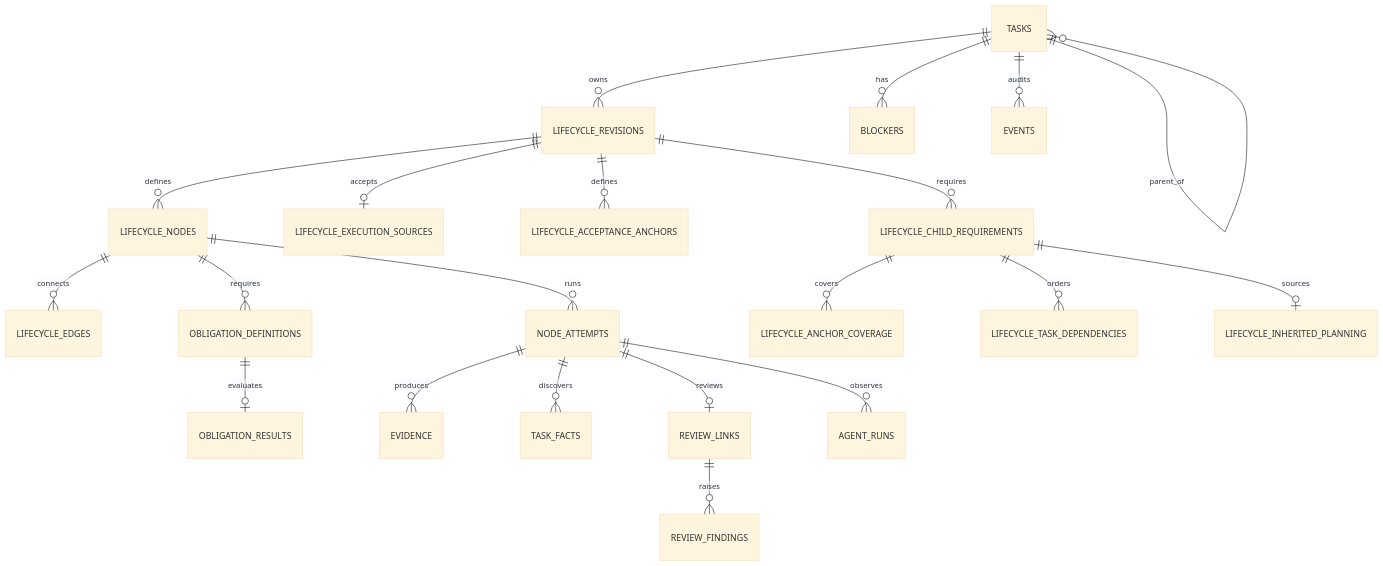
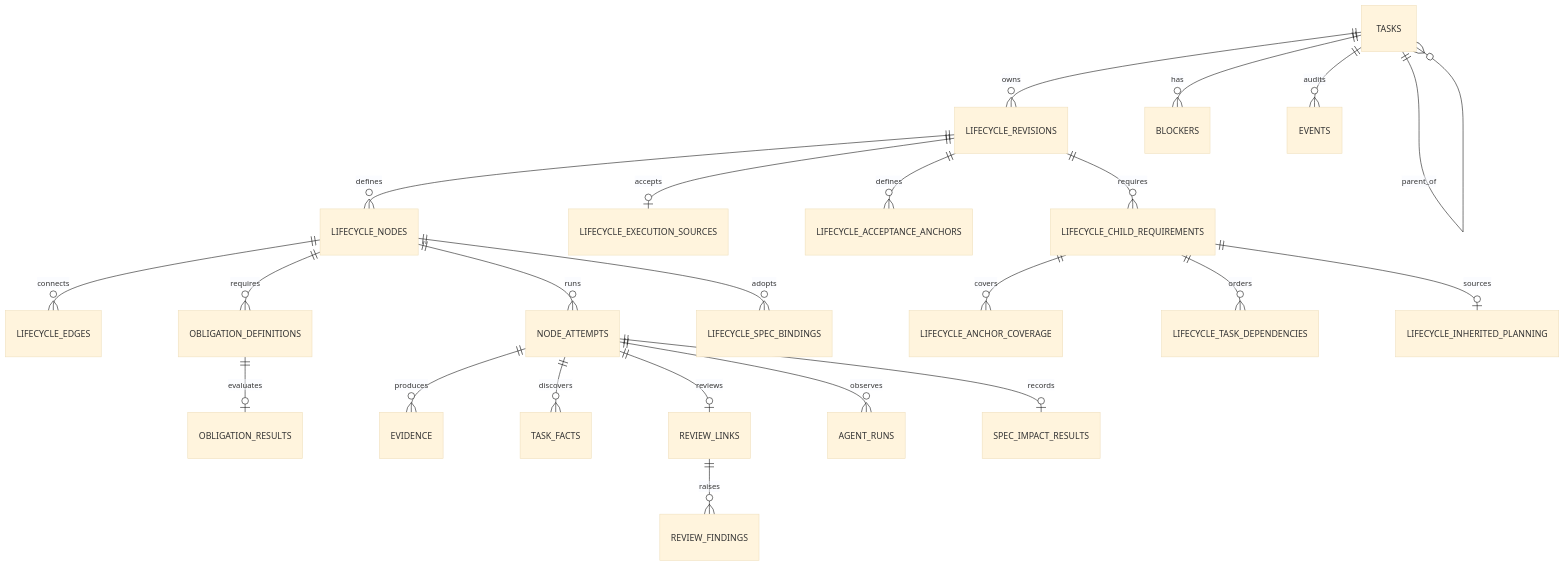
Before and after one commit to ttizzyf/taskcraft: the second of 2 diagrams in development/specs/architecture.md, drawn with Mermaid (base theme). The commit also changed other lines of this file and 86 other files, not shown here.

````diff
--- a/development/specs/architecture.md
+++ b/development/specs/architecture.md
@@ -105,23 +110,25 @@
 ```mermaid
 erDiagram
     TASKS ||--o{ LIFECYCLE_REVISIONS : owns
     LIFECYCLE_REVISIONS ||--o{ LIFECYCLE_NODES : defines
     LIFECYCLE_NODES ||--o{ LIFECYCLE_EDGES : connects
     LIFECYCLE_NODES ||--o{ OBLIGATION_DEFINITIONS : requires
     LIFECYCLE_NODES ||--o{ NODE_ATTEMPTS : runs
     NODE_ATTEMPTS ||--o{ EVIDENCE : produces
     NODE_ATTEMPTS ||--o{ TASK_FACTS : discovers
     NODE_ATTEMPTS ||--o| REVIEW_LINKS : reviews
     REVIEW_LINKS ||--o{ REVIEW_FINDINGS : raises
     OBLIGATION_DEFINITIONS ||--o| OBLIGATION_RESULTS : evaluates
     TASKS ||--o{ BLOCKERS : has
     NODE_ATTEMPTS ||--o{ AGENT_RUNS : observes
     TASKS ||--o{ EVENTS : audits
     TASKS ||--o{ TASKS : parent_of
     LIFECYCLE_REVISIONS ||--o| LIFECYCLE_EXECUTION_SOURCES : accepts
     LIFECYCLE_REVISIONS ||--o{ LIFECYCLE_ACCEPTANCE_ANCHORS : defines
     LIFECYCLE_REVISIONS ||--o{ LIFECYCLE_CHILD_REQUIREMENTS : requires
     LIFECYCLE_CHILD_REQUIREMENTS ||--o{ LIFECYCLE_ANCHOR_COVERAGE : covers
     LIFECYCLE_CHILD_REQUIREMENTS ||--o{ LIFECYCLE_TASK_DEPENDENCIES : orders
     LIFECYCLE_CHILD_REQUIREMENTS ||--o| LIFECYCLE_INHERITED_PLANNING : sources
+    LIFECYCLE_NODES ||--o{ LIFECYCLE_SPEC_BINDINGS : adopts
+    NODE_ATTEMPTS ||--o| SPEC_IMPACT_RESULTS : records
 ```
````
